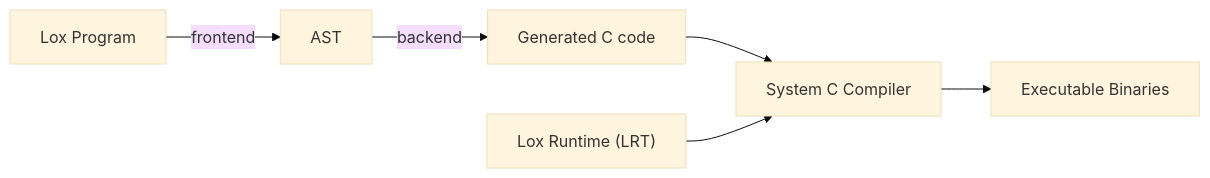
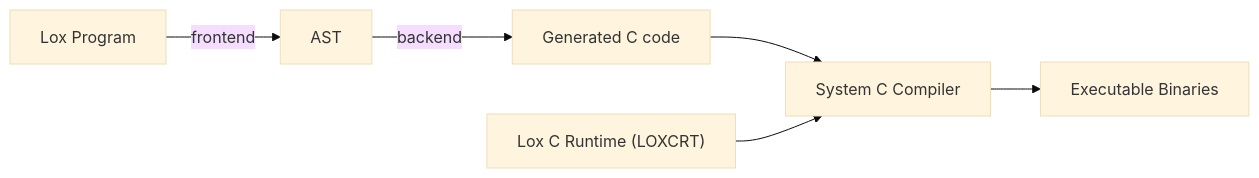
One commit to cylixlee/loxcc changed the diagram in README.md. Above: the diagram before and after it, drawn with Mermaid (base theme). The commit also changed other lines of this file and 5 other files, not shown here.

````diff
--- a/README.md
+++ b/README.md
@@ -22,16 +22,16 @@
 ```mermaid
 graph LR
 
 L[Lox Program]
 A[AST]
 O[Generated C code]
-R["Lox Runtime (LRT)"]
+R["Lox C Runtime (LOXCRT)"]
 C[System C Compiler]
 E[Executable Binaries]
 
 L --frontend--> A
 A --backend--> O
 O --> C
 R --> C
 C --> E
 ```
````
